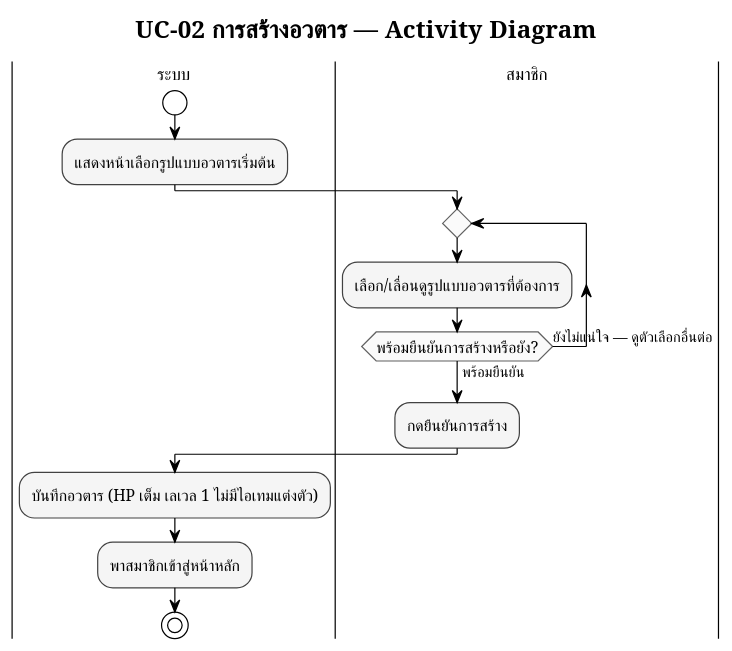
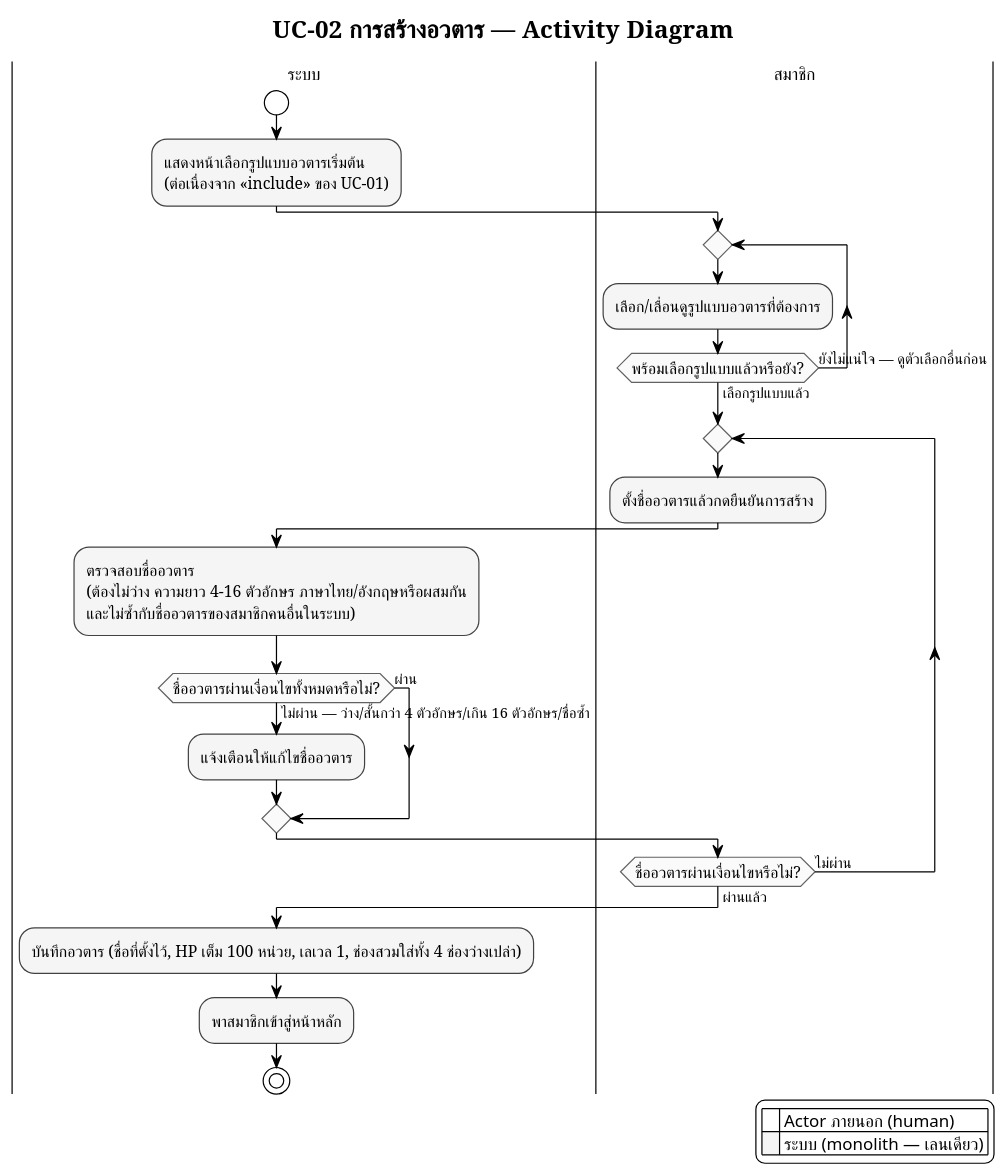
The diagram in proposal/usecase/activity_module1_uc02.puml (popotaroman-cloud/dssiprj-pad), drawn with PlantUML before and after one commit. The commit also changed 55 other files, not shown here.

```diff
--- a/proposal/usecase/activity_module1_uc02.puml
+++ b/proposal/usecase/activity_module1_uc02.puml
@@ -1,43 +1,57 @@
 @startuml M1_activity_การสร้างอวตาร
 !pragma layout smetana
 skinparam defaultFontName "TH Sarabun New"
 skinparam defaultFontSize 14
 
 !theme plain
 skinparam titleFontName "TH Sarabun New"
 skinparam titleFontSize 20
 skinparam noteFontName "TH Sarabun New"
 skinparam ArrowFontName "TH Sarabun New"
 skinparam ArrowFontSize 12
 skinparam swimlaneTitleFontName "TH Sarabun New"
 skinparam swimlaneTitleFontSize 14
 
 skinparam activity {
   BackgroundColor #F5F5F5
   BorderColor #424242
   FontName "TH Sarabun New"
   FontSize 13
   DiamondBackgroundColor #FAFAFA
   DiamondBorderColor #616161
 }
 
 title UC-02 การสร้างอวตาร — Activity Diagram
 
 |ระบบ|
 start
-:แสดงหน้าเลือกรูปแบบอวตารเริ่มต้น;
+:แสดงหน้าเลือกรูปแบบอวตารเริ่มต้น\n(ต่อเนื่องจาก <<include>> ของ UC-01);
 
 |สมาชิก|
 repeat
   :เลือก/เลื่อนดูรูปแบบอวตารที่ต้องการ;
-repeat while (พร้อมยืนยันการสร้างหรือยัง?) is (ยังไม่แน่ใจ — ดูตัวเลือกอื่นต่อ) not (พร้อมยืนยัน)
+repeat while (พร้อมเลือกรูปแบบแล้วหรือยัง?) is (ยังไม่แน่ใจ — ดูตัวเลือกอื่นก่อน) not (เลือกรูปแบบแล้ว)
 
-:กดยืนยันการสร้าง;
+repeat
+  :ตั้งชื่ออวตารแล้วกดยืนยันการสร้าง;
+  |ระบบ|
+  :ตรวจสอบชื่ออวตาร\n(ต้องไม่ว่าง ความยาว 4-16 ตัวอักษร ภาษาไทย/อังกฤษหรือผสมกัน\nและไม่ซ้ำกับชื่ออวตารของสมาชิกคนอื่นในระบบ);
+  if (ชื่ออวตารผ่านเงื่อนไขทั้งหมดหรือไม่?) then (ไม่ผ่าน — ว่าง/สั้นกว่า 4 ตัวอักษร/เกิน 16 ตัวอักษร/ชื่อซ้ำ)
+    :แจ้งเตือนให้แก้ไขชื่ออวตาร;
+    |สมาชิก|
+  else (ผ่าน)
+  endif
+repeat while (ชื่ออวตารผ่านเงื่อนไขหรือไม่?) is (ไม่ผ่าน) not (ผ่านแล้ว)
 
 |ระบบ|
-:บันทึกอวตาร (HP เต็ม เลเวล 1 ไม่มีไอเทมแต่งตัว);
+:บันทึกอวตาร (ชื่อที่ตั้งไว้, HP เต็ม 100 หน่วย, เลเวล 1, ช่องสวมใส่ทั้ง 4 ช่องว่างเปล่า);
 :พาสมาชิกเข้าสู่หน้าหลัก;
 
 stop
 
+legend right
+  |<back:white>    </back>| Actor ภายนอก (human) |
+  |<back:#F5F5F5>    </back>| ระบบ (monolith — เลนเดียว) |
+endlegend
+
 @enduml
```
